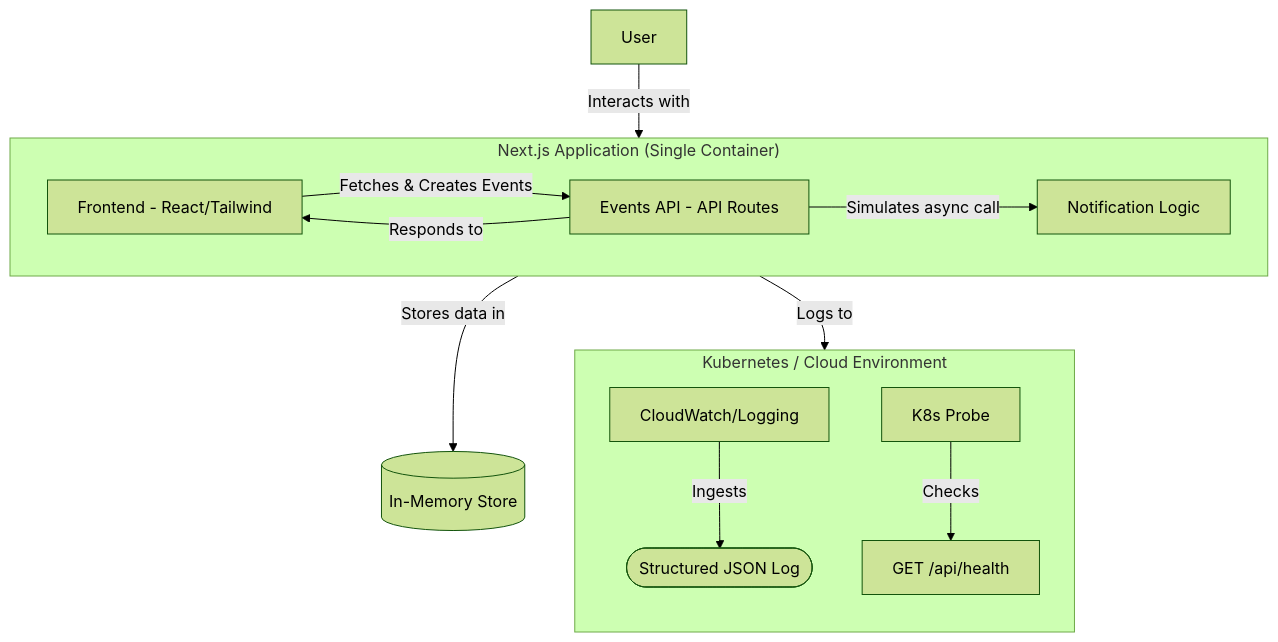
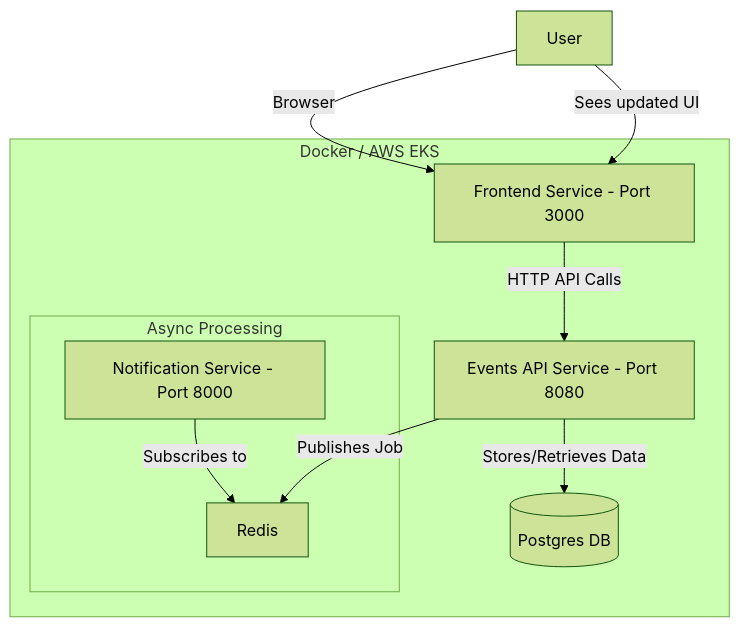
One commit to bkrishnanair/CampusConnect changed the diagram in README.md. Above: the diagram before and after it, drawn with Mermaid (forest theme). The commit also changed other lines of this file and 1 other file, not shown here.

````diff
--- a/README.md
+++ b/README.md
@@ -17,23 +16,18 @@
 ```mermaid
 graph TD
-    subgraph "Next.js Application (Single Container)"
-        direction LR
-        A[Frontend - React/Tailwind]
-        B[Events API - API Routes]
-        C[Notification Logic]
+    U[User] -- Browser --> FE[Frontend Service - Port 3000]
+
+    subgraph "Docker / AWS EKS"
+        
+        FE -- HTTP API Calls --> API[Events API Service - Port 8080]
+        API -- Publishes Job --> R[Redis]
+        API -- Stores/Retrieves Data --> DB[(Postgres DB)]
+        
+        subgraph "Async Processing"
+          NS[Notification Service - Port 8000] -- Subscribes to --> R
+        end
     end
 
-    U[User] -- Interacts with --> A
-    A -- Fetches & Creates Events --> B
-    B -- Stores data in --> D[(In-Memory Store)]
-    B -- Simulates async call --> C
-    C -- Logs to --> E([Structured JSON Log])
-    
-    subgraph "Kubernetes / Cloud Environment"
-      direction TB
-      K[K8s Probe] -- Checks --> H[GET /api/health]
-      L[CloudWatch/Logging] -- Ingests --> E
-    end
+    U -- Sees updated UI --> FE
 
-    B -- Responds to --> A
 ```
````
